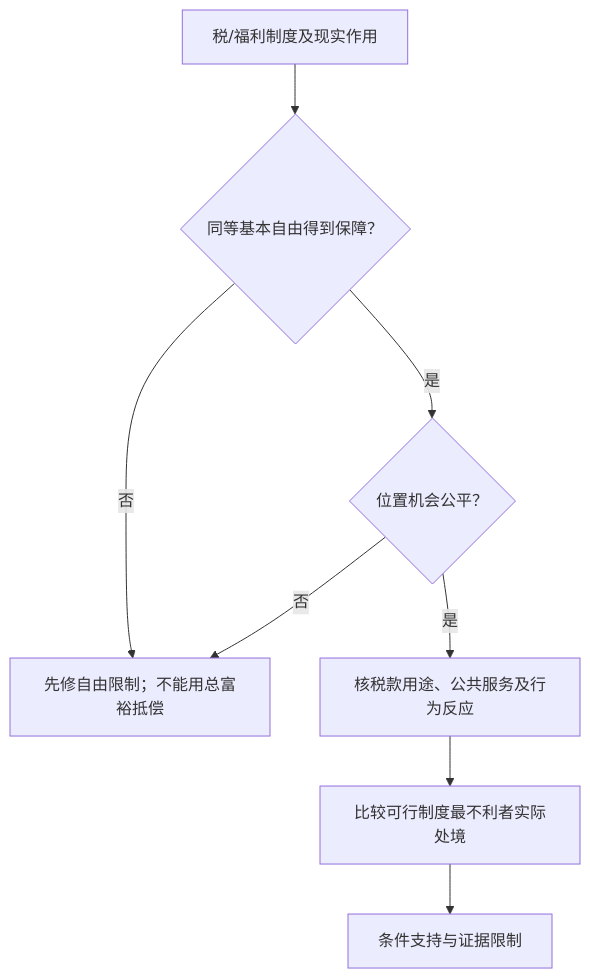
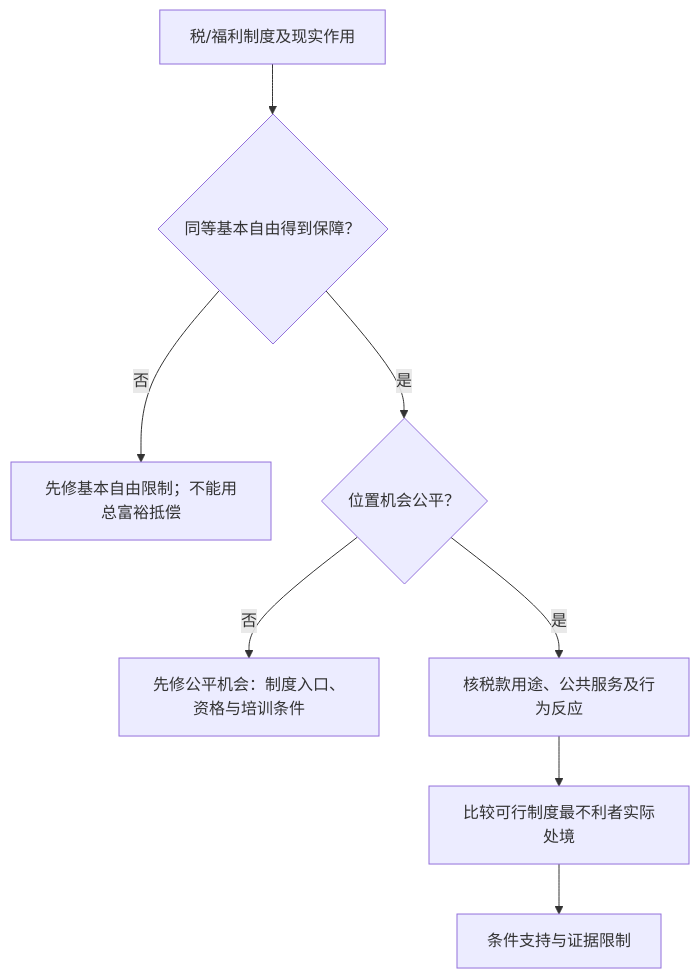
Before and after one commit to CercaTrovato/cityu-ai-course-notes: the eighth of 13 diagrams in IS5113_AI_Ethics_and_Regulations/notes/M02-道德理论及其应用.md, drawn with Mermaid. The commit also changed other lines of this file and 224 other files, not shown here.

First line of the commit message:
完善五门课图文可读性并更新仓库首页

````diff
--- a/IS5113_AI_Ethics_and_Regulations/notes/M02-道德理论及其应用.md
+++ b/IS5113_AI_Ethics_and_Regulations/notes/M02-道德理论及其应用.md
@@ -1921,10 +2892,10 @@
 ```mermaid
 flowchart TD
  A["税/福利制度及现实作用"] --> L{"同等基本自由得到保障？"}
- L -->|否| R["先修自由限制；不能用总富裕抵偿"]
+ L -->|否| R["先修基本自由限制；不能用总富裕抵偿"]
  L -->|是| O{"位置机会公平？"}
- O -->|否| R
+ O -->|否| R2["先修公平机会：制度入口、资格与培训条件"]
  O -->|是| D["核税款用途、公共服务及行为反应"]
  D --> P["比较可行制度最不利者实际处境"]
  P --> C["条件支持与证据限制"]
 ```
````
